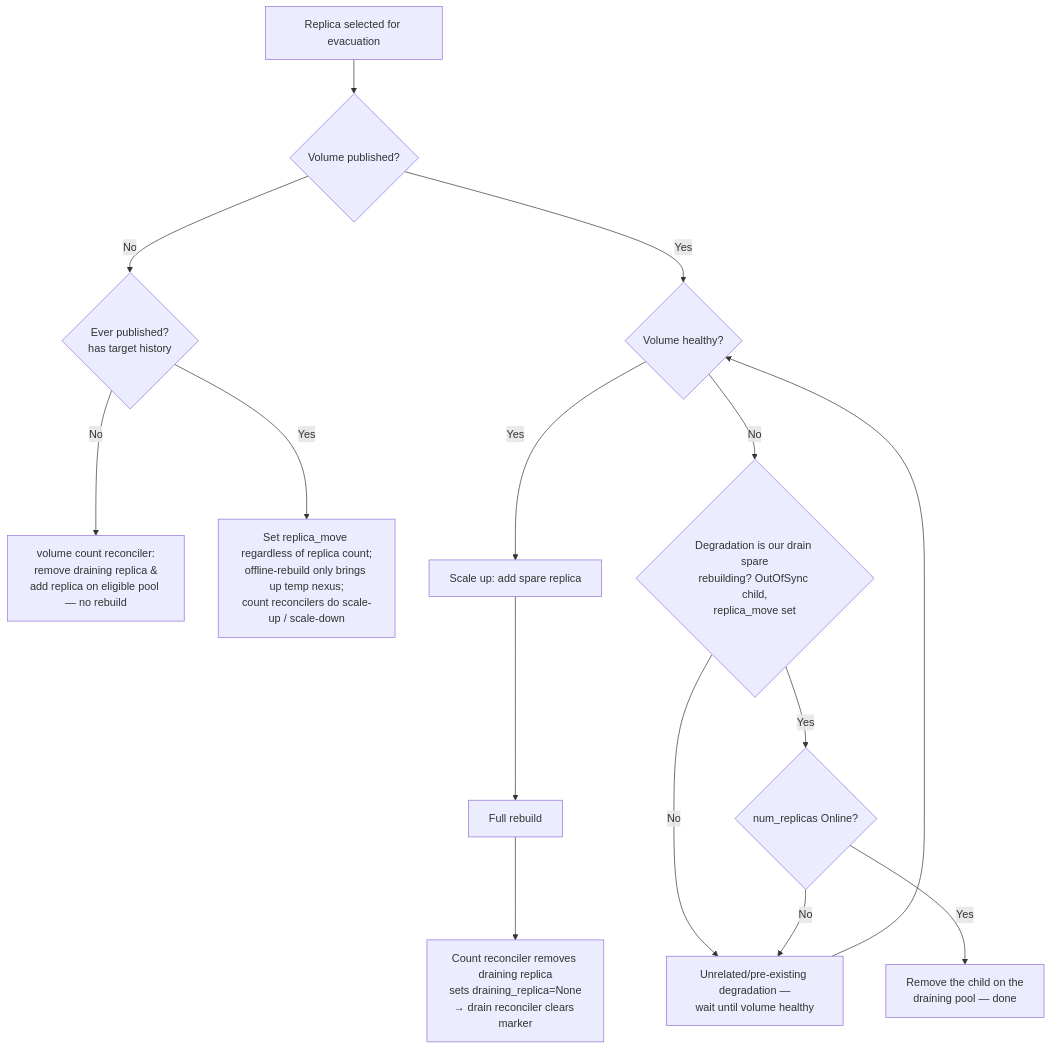
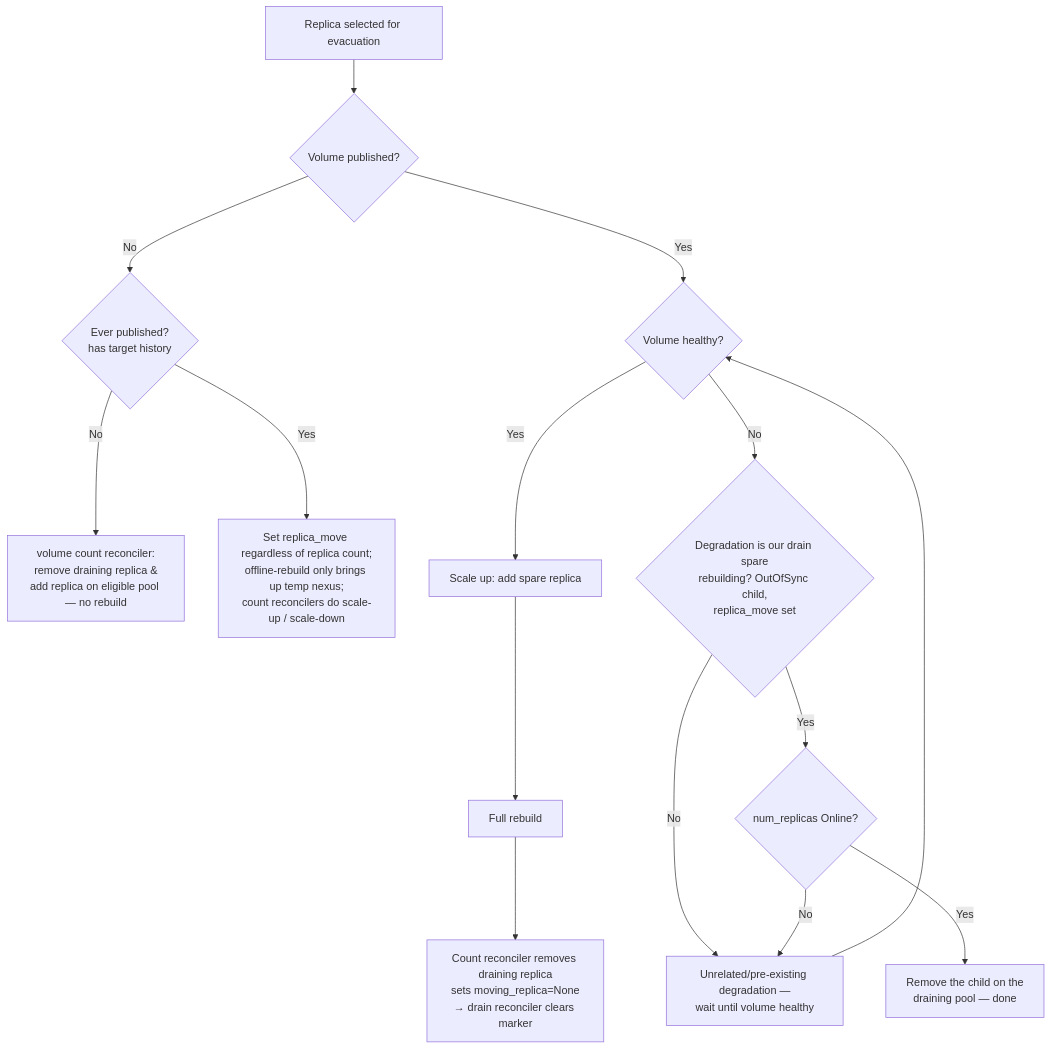
Before and after one commit to openebs/openebs: the second of 2 diagrams in designs/replicated-pv/mayastor/pool-drain.md, drawn with Mermaid. The commit also changed other lines of this file, not shown here.

Commit message:
oep(4245): update pool drain oep

````diff
--- a/designs/replicated-pv/mayastor/pool-drain.md
+++ b/designs/replicated-pv/mayastor/pool-drain.md
@@ -382,22 +446,22 @@
 ```mermaid
 flowchart TD
     A[Replica selected for evacuation] --> B{Volume published?}
 
     %% ---------------- Unpublished ----------------
     B -- No --> C{Ever published?<br/>has target history}
     C -- No --> C1[volume count reconciler:<br/>remove draining replica &<br/>add replica on eligible pool — no rebuild]
     C -- Yes --> CD2[Set replica_move regardless of replica count;<br/>offline-rebuild only brings up temp nexus;<br/>count reconcilers do scale-up / scale-down]
 
     %% ---------------- Published ----------------
     B -- Yes --> H{Volume healthy?}
     H -- Yes --> SU[Scale up: add spare replica]
     SU --> RB[Full rebuild]
-    RB --> SD[Count reconciler removes draining replica<br/>sets draining_replica=None<br/>→ drain reconciler clears marker]
+    RB --> SD[Count reconciler removes draining replica<br/>sets moving_replica=None<br/>→ drain reconciler clears marker]
 
     H -- No --> UR{Degradation is our drain spare<br/>rebuilding? OutOfSync child,<br/>replica_move set}
     UR -- No --> W1[Unrelated/pre-existing degradation —<br/>wait until volume healthy]
     W1 --> H
     UR -- Yes --> ON{num_replicas Online?}
     ON -- No --> W1
     ON -- Yes --> RM[Remove the child on the<br/>draining pool — done]
 ```
````
